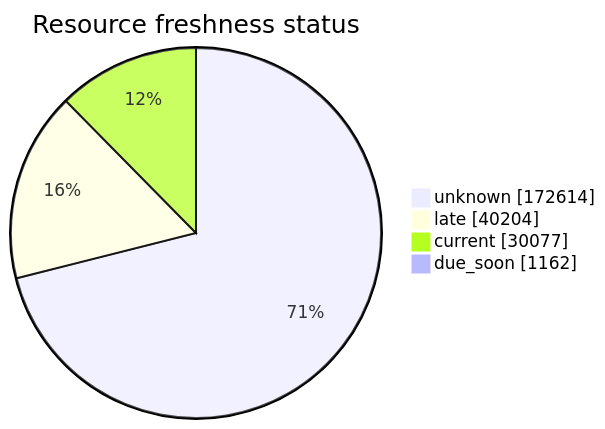
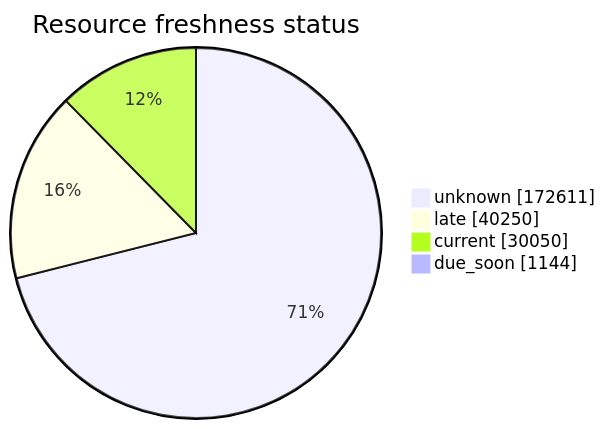
One commit to open-data/analytics-corporate-reporting changed the third of 5 diagrams in FreshCheck/README.md. Above: the diagram before and after it, drawn with Mermaid. The commit also changed other lines of this file and 3 other files, not shown here.

````diff
--- a/FreshCheck/README.md
+++ b/FreshCheck/README.md
@@ -78,7 +78,7 @@
 ```mermaid
 pie showData title Resource freshness status
-    "unknown": 172614
-    "late": 40204
-    "current": 30077
-    "due_soon": 1162
+    "unknown": 172611
+    "late": 40250
+    "current": 30050
+    "due_soon": 1144
 ```
````
